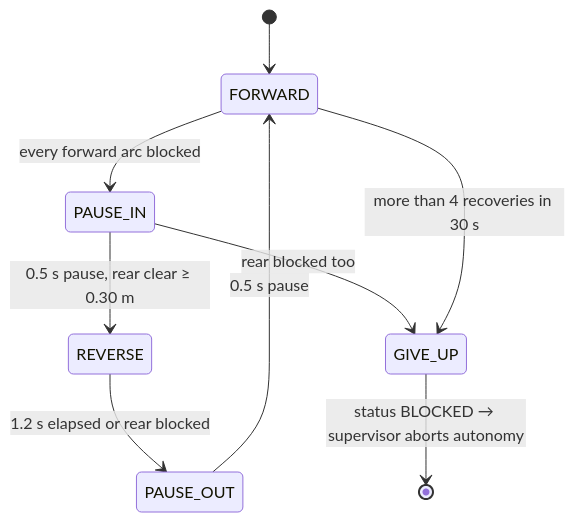
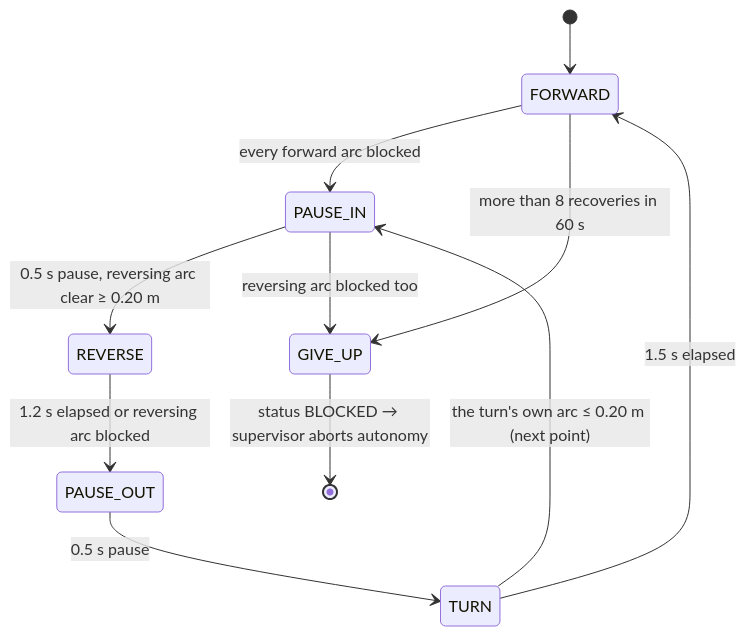
One commit to SamyakGangwal/Project_LAKSA changed the second of 2 diagrams in docs/learned_driver/05_runtime_safety.md. Above: the diagram before and after it, drawn with Mermaid. The commit also changed other lines of this file and 6 other files, not shown here.

First line of the commit message:
Recovery: multi-point turn (U-turn) instead of back-up-only

````diff
--- a/docs/learned_driver/05_runtime_safety.md
+++ b/docs/learned_driver/05_runtime_safety.md
@@ -62,11 +62,13 @@
 ```mermaid
 stateDiagram-v2
     [*] --> FORWARD
     FORWARD --> PAUSE_IN: every forward arc blocked
-    PAUSE_IN --> REVERSE: 0.5 s pause, rear clear ≥ 0.30 m
-    PAUSE_IN --> GIVE_UP: rear blocked too
-    REVERSE --> PAUSE_OUT: 1.2 s elapsed or rear blocked
-    PAUSE_OUT --> FORWARD: 0.5 s pause
-    FORWARD --> GIVE_UP: more than 4 recoveries in 30 s
+    PAUSE_IN --> REVERSE: 0.5 s pause, reversing arc clear ≥ 0.20 m
+    PAUSE_IN --> GIVE_UP: reversing arc blocked too
+    REVERSE --> PAUSE_OUT: 1.2 s elapsed or reversing arc blocked
+    PAUSE_OUT --> TURN: 0.5 s pause
+    TURN --> FORWARD: 1.5 s elapsed
+    TURN --> PAUSE_IN: the turn's own arc ≤ 0.20 m (next point)
+    FORWARD --> GIVE_UP: more than 8 recoveries in 60 s
     GIVE_UP --> [*]: status BLOCKED → supervisor aborts autonomy
 ```
````
